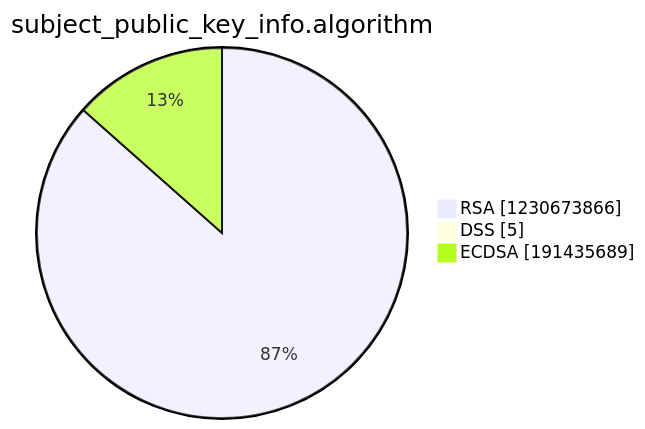
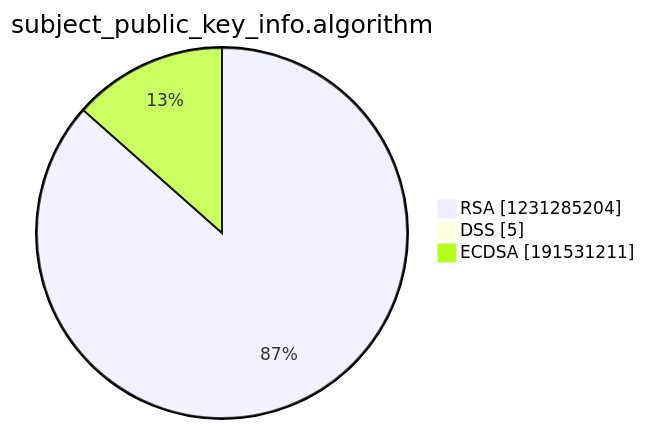
The third of 15 diagrams in argon2022/README.md (christiankrug/ctmonitor_visualization), drawn with Mermaid before and after one commit. The commit also changed other lines of this file, not shown here.

````diff
--- a/argon2022/README.md
+++ b/argon2022/README.md
@@ -14,7 +14,7 @@
 ```mermaid
 pie showData
 title subject_public_key_info.algorithm
-"RSA" :1230673866
+"RSA" :1231285204
 "DSS" :5
-"ECDSA" :191435689
+"ECDSA" :191531211
 ```
````
